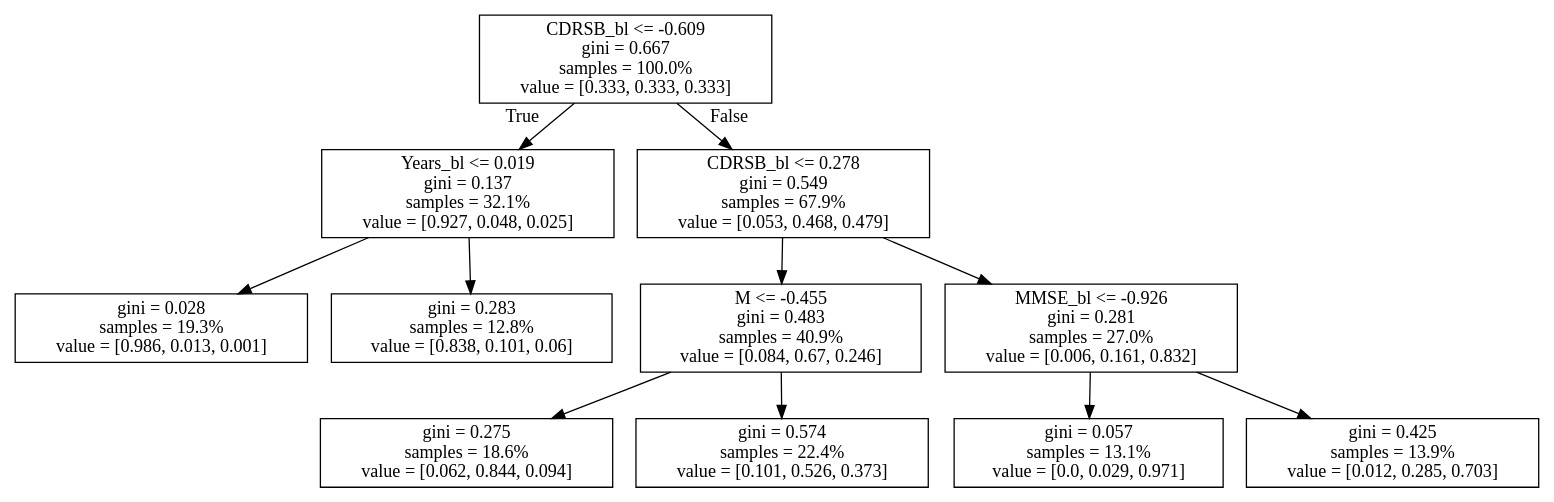
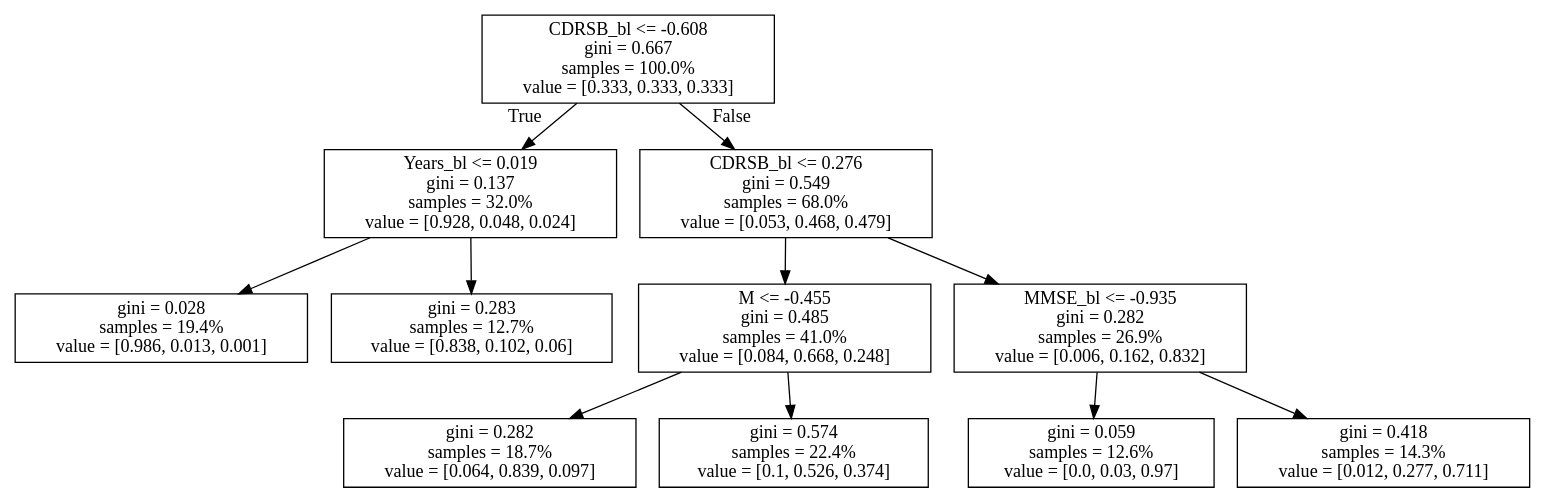
Before and after one commit to ibrahim85/ad_ncirl: the diagram in tree_full_features.dot, drawn with Graphviz. The commit also changed 33 other files, not shown here.

```diff
--- a/tree_full_features.dot
+++ b/tree_full_features.dot
@@ -1,24 +1,24 @@
 digraph Tree {
 node [shape=box] ;
-0 [label="CDRSB_bl <= -0.609\ngini = 0.667\nsamples = 100.0%\nvalue = [0.333, 0.333, 0.333]"] ;
-1 [label="Years_bl <= 0.019\ngini = 0.137\nsamples = 32.1%\nvalue = [0.927, 0.048, 0.025]"] ;
+0 [label="CDRSB_bl <= -0.608\ngini = 0.667\nsamples = 100.0%\nvalue = [0.333, 0.333, 0.333]"] ;
+1 [label="Years_bl <= 0.019\ngini = 0.137\nsamples = 32.0%\nvalue = [0.928, 0.048, 0.024]"] ;
 0 -> 1 [labeldistance=2.5, labelangle=45, headlabel="True"] ;
-2 [label="gini = 0.028\nsamples = 19.3%\nvalue = [0.986, 0.013, 0.001]"] ;
+2 [label="gini = 0.028\nsamples = 19.4%\nvalue = [0.986, 0.013, 0.001]"] ;
 1 -> 2 ;
-3 [label="gini = 0.283\nsamples = 12.8%\nvalue = [0.838, 0.101, 0.06]"] ;
+3 [label="gini = 0.283\nsamples = 12.7%\nvalue = [0.838, 0.102, 0.06]"] ;
 1 -> 3 ;
-4 [label="CDRSB_bl <= 0.278\ngini = 0.549\nsamples = 67.9%\nvalue = [0.053, 0.468, 0.479]"] ;
+4 [label="CDRSB_bl <= 0.276\ngini = 0.549\nsamples = 68.0%\nvalue = [0.053, 0.468, 0.479]"] ;
 0 -> 4 [labeldistance=2.5, labelangle=-45, headlabel="False"] ;
-5 [label="M <= -0.455\ngini = 0.483\nsamples = 40.9%\nvalue = [0.084, 0.67, 0.246]"] ;
+5 [label="M <= -0.455\ngini = 0.485\nsamples = 41.0%\nvalue = [0.084, 0.668, 0.248]"] ;
 4 -> 5 ;
-6 [label="gini = 0.275\nsamples = 18.6%\nvalue = [0.062, 0.844, 0.094]"] ;
+6 [label="gini = 0.282\nsamples = 18.7%\nvalue = [0.064, 0.839, 0.097]"] ;
 5 -> 6 ;
-7 [label="gini = 0.574\nsamples = 22.4%\nvalue = [0.101, 0.526, 0.373]"] ;
+7 [label="gini = 0.574\nsamples = 22.4%\nvalue = [0.1, 0.526, 0.374]"] ;
 5 -> 7 ;
-8 [label="MMSE_bl <= -0.926\ngini = 0.281\nsamples = 27.0%\nvalue = [0.006, 0.161, 0.832]"] ;
+8 [label="MMSE_bl <= -0.935\ngini = 0.282\nsamples = 26.9%\nvalue = [0.006, 0.162, 0.832]"] ;
 4 -> 8 ;
-9 [label="gini = 0.057\nsamples = 13.1%\nvalue = [0.0, 0.029, 0.971]"] ;
+9 [label="gini = 0.059\nsamples = 12.6%\nvalue = [0.0, 0.03, 0.97]"] ;
 8 -> 9 ;
-10 [label="gini = 0.425\nsamples = 13.9%\nvalue = [0.012, 0.285, 0.703]"] ;
+10 [label="gini = 0.418\nsamples = 14.3%\nvalue = [0.012, 0.277, 0.711]"] ;
 8 -> 10 ;
 }
```
